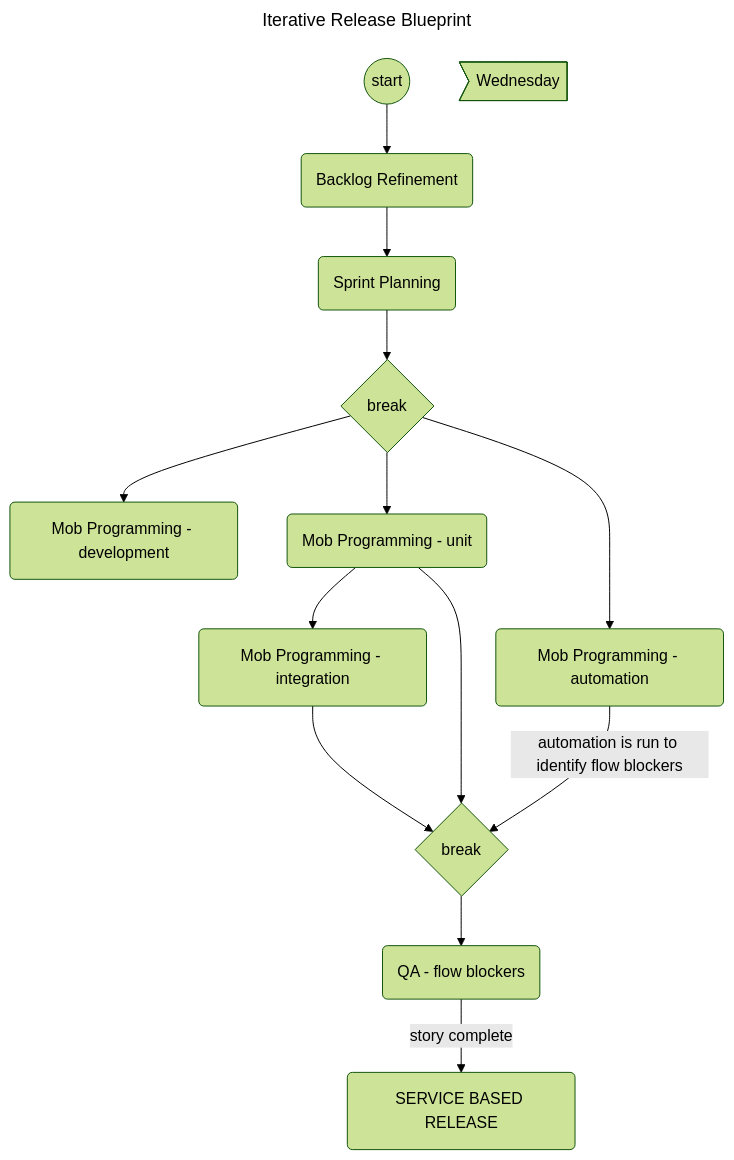
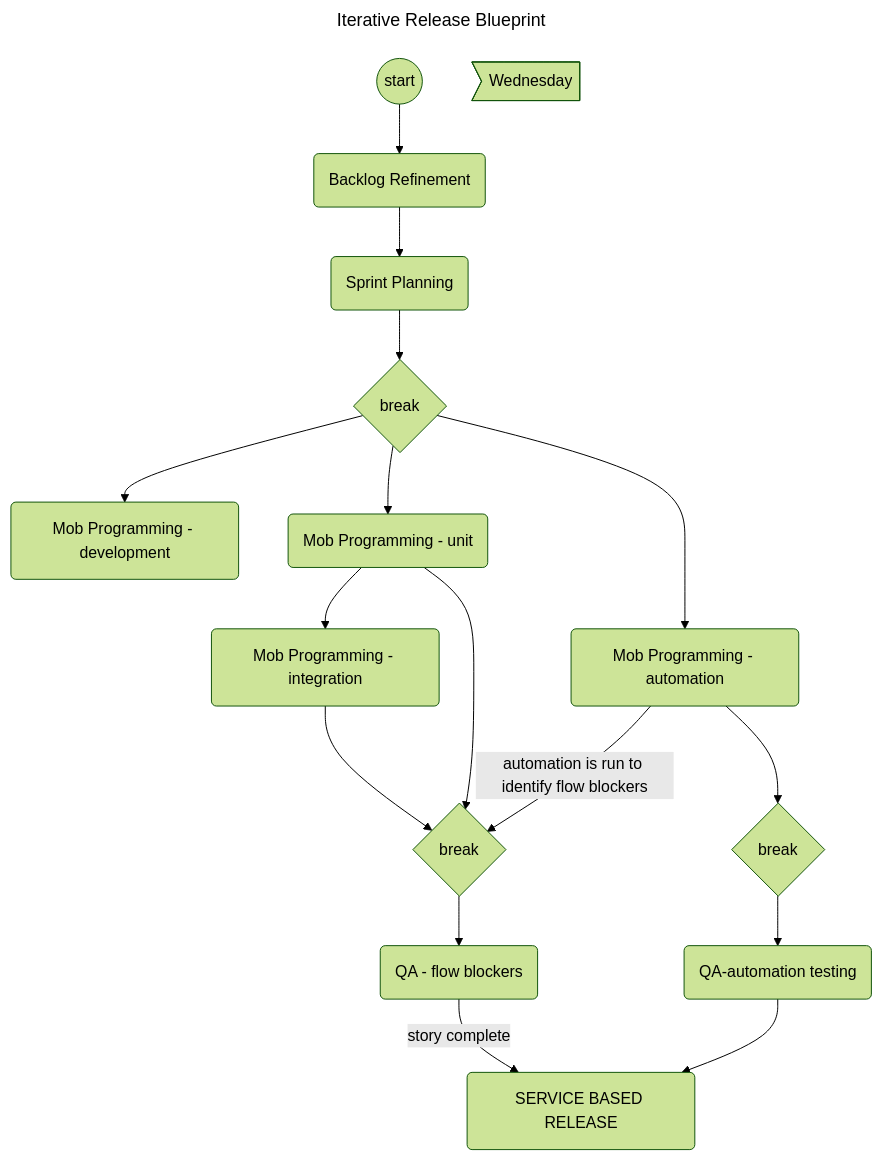
Before and after one commit to jessicahirsch/Mermaid-Diagrams: the diagram in diagrams/diagram3.mmd, drawn with Mermaid (forest theme).

Commit message:
feat: automation testing mode

```diff
--- a/diagrams/diagram3.mmd
+++ b/diagrams/diagram3.mmd
@@ -1,25 +1,28 @@
 ---
 title: Iterative Release Blueprint
 ---
 
 flowchart TD
 
 id1((start))-->A(Backlog Refinement)
 A(Backlog Refinement)-->B(Sprint Planning)
 
 id2>Wednesday]
 B(Sprint Planning)
 
 B(Sprint Planning)-->id3{break}
 
 id3{break}-->C(Mob Programming - development)
 id3{break}-->D(Mob Programming - unit)-->F(Mob Programming - integration)
 id3{break}-->E(Mob Programming - automation)
 
 D(Mob Programming - unit)-->id4{break}
 E(Mob Programming - automation)-->|automation is run to identify flow blockers|id4{break}
 F(Mob Programming - integration)-->id4{break}
 
 id4{break}-->G(QA - flow blockers)
 
+E(Mob Programming - automation)-->id5{break}-->H(QA - automation testing)
+H(QA-automation testing)-->X(SERVICE BASED RELEASE)
+
 G(QA - flow blockers)-->|story complete|X(SERVICE BASED RELEASE)
```
